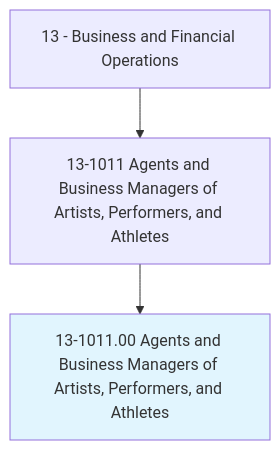
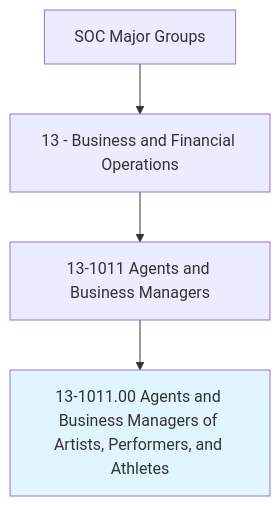
One commit to kziemski/business.org.ai changed the first of 4 diagrams in occupations/Business/AgentsAndBusinessManagersOfArtistsPerformersAndAthletes.mdx. Above: the diagram before and after it, drawn with Mermaid. The commit also changed other lines of this file and 938 other files, not shown here.

````diff
--- a/occupations/Business/AgentsAndBusinessManagersOfArtistsPerformersAndAthletes.mdx
+++ b/occupations/Business/AgentsAndBusinessManagersOfArtistsPerformersAndAthletes.mdx
@@ -19,6 +25,7 @@
 ```mermaid
 graph TD
-    Cat13["13 - Business and Financial Operations"] --> Group131011["13-1011 Agents and Business Managers of Artists, Performers, and Athletes"]
-    Group131011 --> Current["13-1011.00 Agents and Business Managers of Artists, Performers, and Athletes"]
+    SOC["SOC Major Groups"] --> Cat13["13 - Business and Financial Operations"]
+    Cat13 --> G131011["13-1011 Agents and Business Managers"]
+    G131011 --> Current["13-1011.00 Agents and Business Managers of Artists, Performers, and Athletes"]
     style Current fill:#e1f5fe
 ```
````
